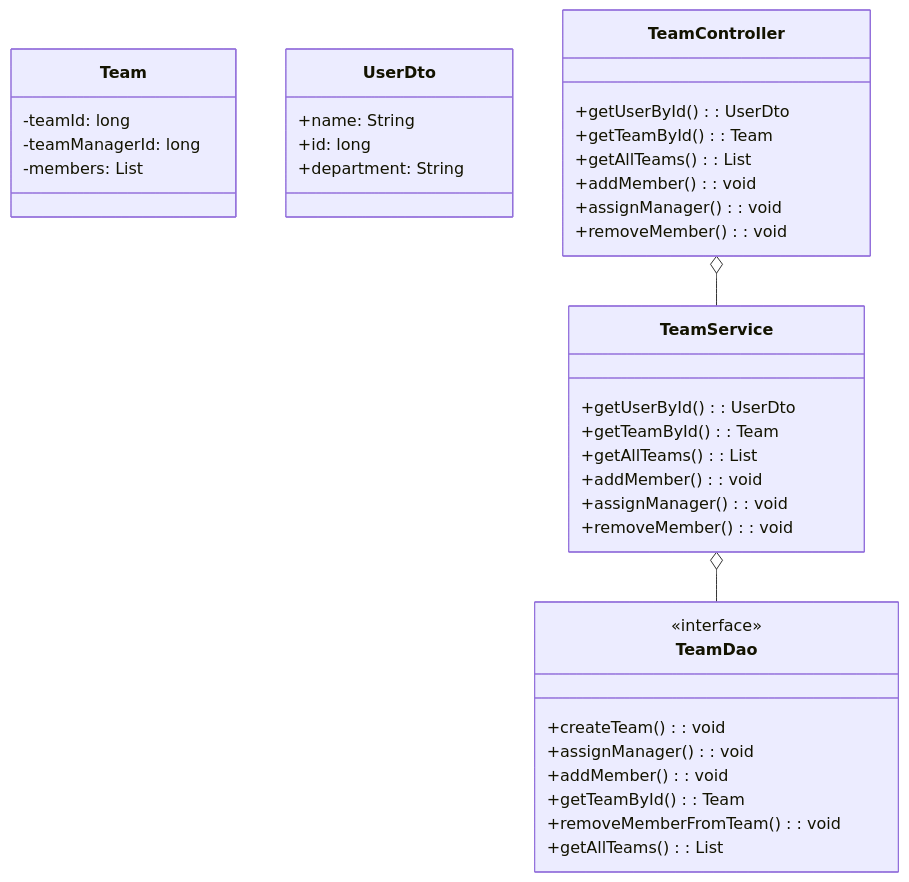
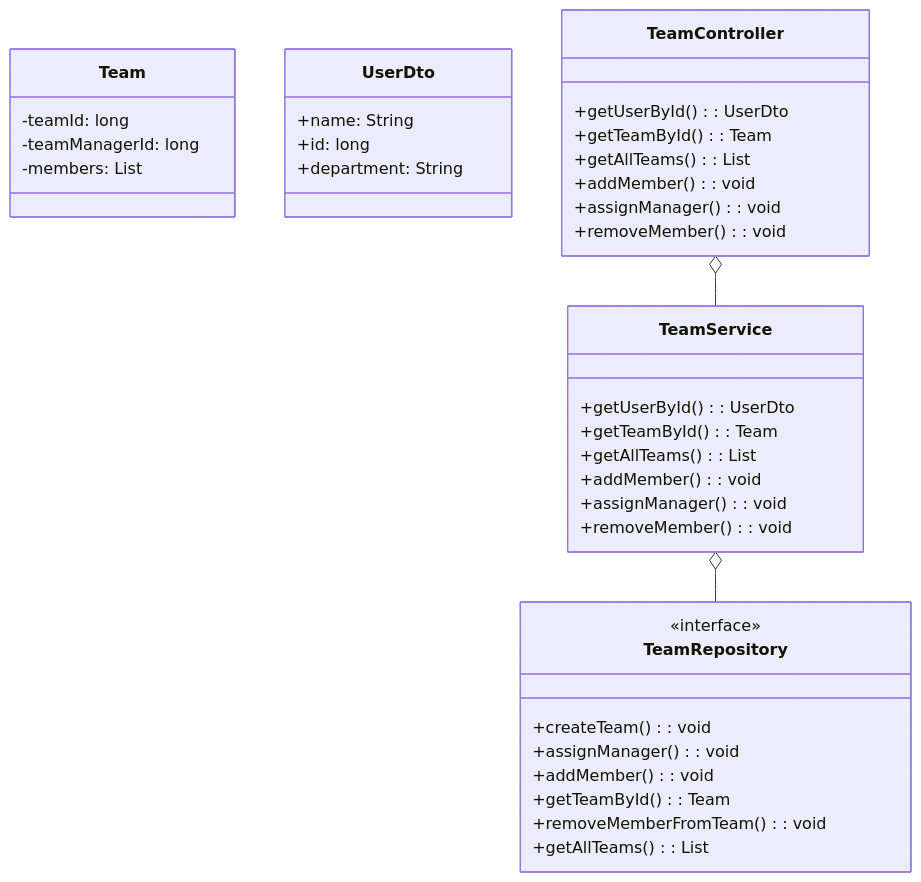
Before and after one commit to wrak-fra5-belbasalla7mar/.github: the third of 7 diagrams in profile/README.md, drawn with Mermaid. The commit also changed other lines of this file, not shown here.

````diff
--- a/profile/README.md
+++ b/profile/README.md
@@ -139,46 +139,46 @@
 ```mermaid
 classDiagram
 class Team {
   -teamId: long
   -teamManagerId: long
   -members: List
 }
 
 class UserDto {
   +name: String 
   +id: long
   +department: String
 }
 
-class TeamDao {
+class TeamRepository {
   <<interface>>
   +createTeam(): void 
   +assignManager(): void
   +addMember(): void
   +getTeamById(): Team
   +removeMemberFromTeam(): void
   +getAllTeams(): List<Team>
 }
 
 class TeamService {
   +getUserById(): UserDto
   +getTeamById(): Team
   +getAllTeams(): List<Team>
   +addMember(): void
   +assignManager(): void
   +removeMember(): void
 }
 
 class TeamController {
   +getUserById(): UserDto
   +getTeamById(): Team
   +getAllTeams(): List<Team>
   +addMember(): void
   +assignManager(): void
   +removeMember(): void
 }
 
-TeamService o-- TeamDao
+TeamService o-- TeamRepository
 TeamController o-- TeamService
 
 ```
````
